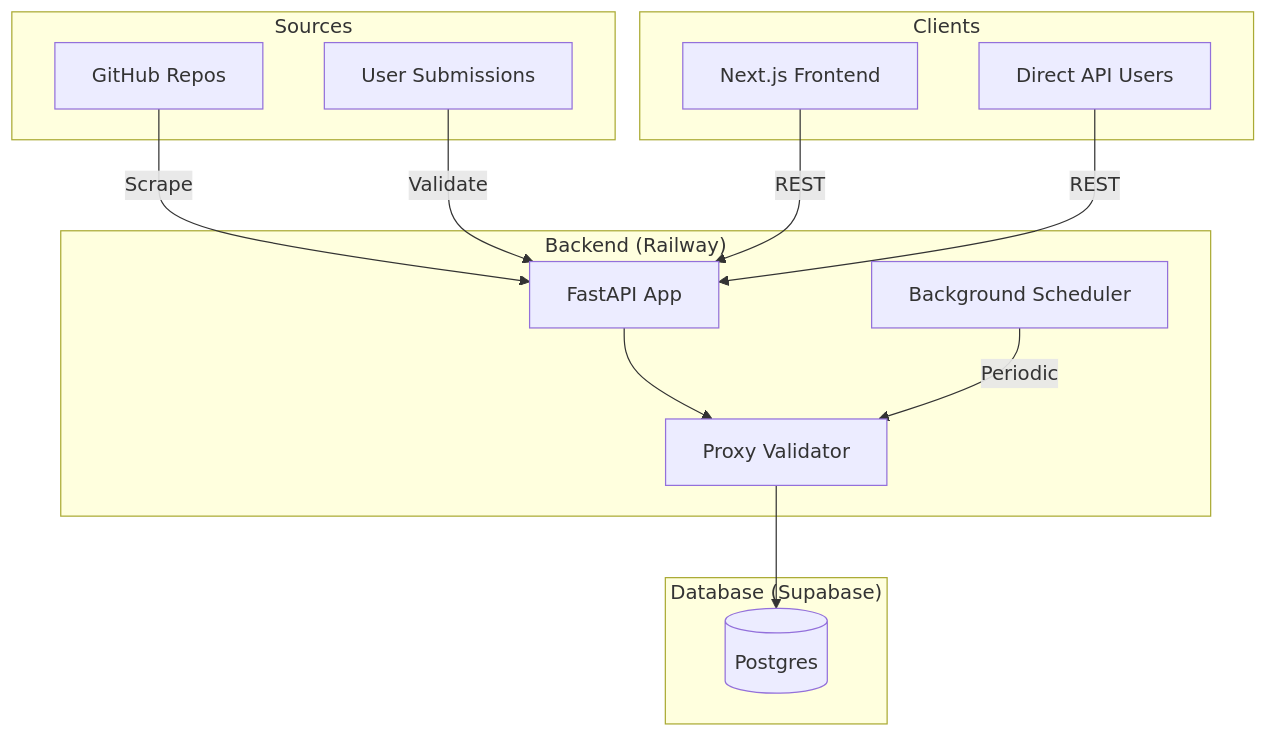
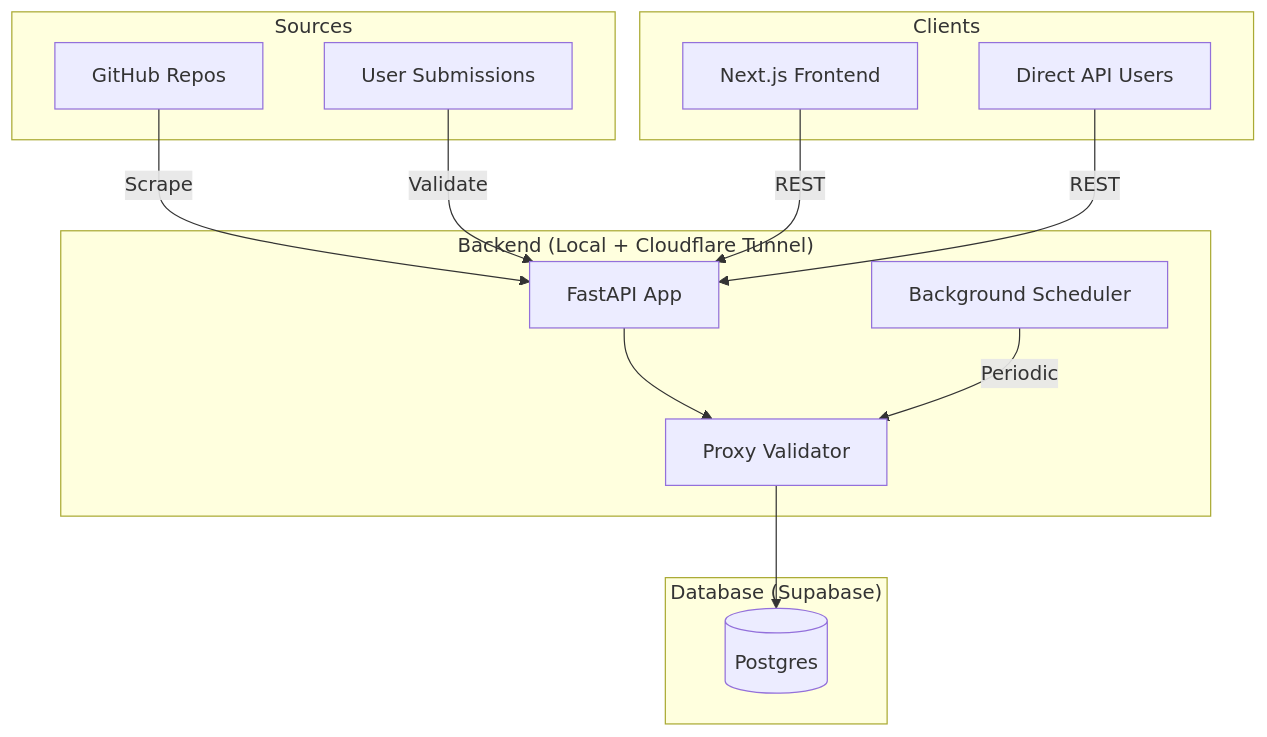
One commit to oyi77/1proxy changed the diagram in docs/LLM_CONTEXT.md. Above: the diagram before and after it, drawn with Mermaid. The commit also changed other lines of this file and 3 other files, not shown here.

Commit message:
docs: document local backend tunnel deployment

````diff
--- a/docs/LLM_CONTEXT.md
+++ b/docs/LLM_CONTEXT.md
@@ -13,30 +13,30 @@
 ```mermaid
 graph TD
     subgraph "Clients"
         WEB[Next.js Frontend]
         API_USER[Direct API Users]
     end
 
-    subgraph "Backend (Railway)"
+    subgraph "Backend (Local + Cloudflare Tunnel)"
         F[FastAPI App]
         S[Background Scheduler]
         V[Proxy Validator]
     end
 
     subgraph "Database (Supabase)"
         DB[(Postgres)]
     end
 
     subgraph "Sources"
         GH[GitHub Repos]
         SUB[User Submissions]
     end
 
     GH -->|Scrape| F
     SUB -->|Validate| F
     F --> V
     V --> DB
     S -->|Periodic| V
     WEB -->|REST| F
     API_USER -->|REST| F
 ```
````
